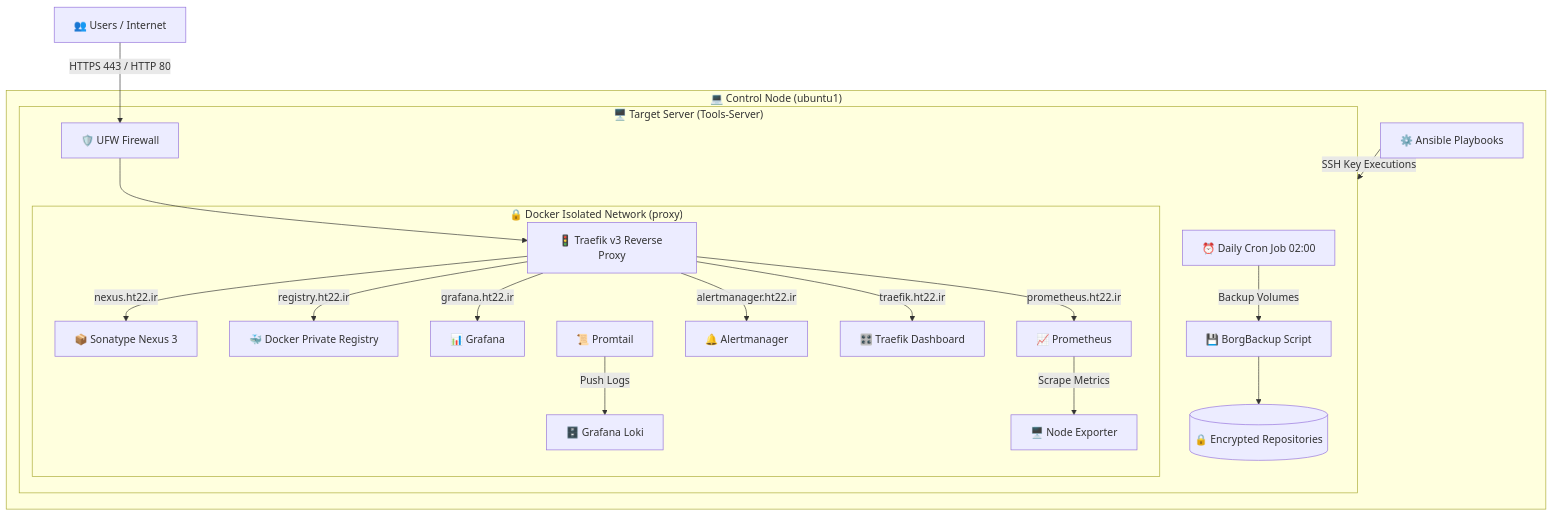
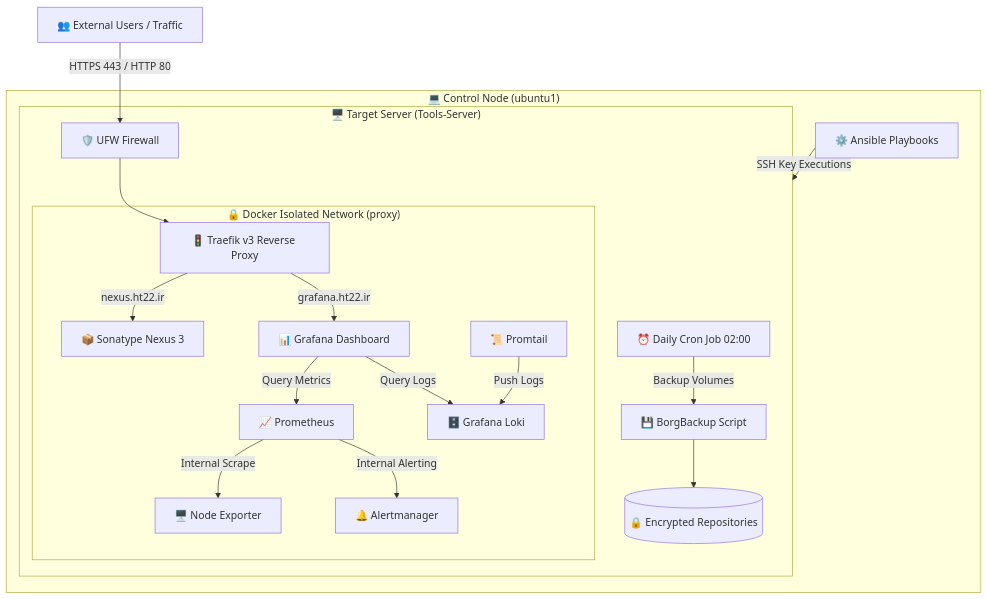
The diagram in docs/ARCHITECTURE.md (HoseinTarahomi/ansible-project), drawn with Mermaid before and after one commit. The commit also changed other lines of this file and 1 other file, not shown here.

Commit message:
ansible-project

````diff
--- a/docs/ARCHITECTURE.md
+++ b/docs/ARCHITECTURE.md
@@ -9,27 +9,26 @@
 ```mermaid
 graph TD
-    Users[👥 Users / Internet] -->|HTTPS 443 / HTTP 80| Firewall[🛡️ UFW Firewall]
+    Users[👥 External Users / Traffic] -->|HTTPS 443 / HTTP 80| Firewall[🛡️ UFW Firewall]
 
     subgraph ToolsServer["🖥️ Target Server (Tools-Server)"]
         Firewall --> Traefik[🚦 Traefik v3 Reverse Proxy]
 
         subgraph DockerNetwork["🔒 Docker Isolated Network (proxy)"]
             Traefik -->|nexus.ht22.ir| Nexus[📦 Sonatype Nexus 3]
-            Traefik -->|registry.ht22.ir| Registry[🐳 Docker Private Registry]
-            Traefik -->|grafana.ht22.ir| Grafana[📊 Grafana]
-            Traefik -->|prometheus.ht22.ir| Prometheus[📈 Prometheus]
-            Traefik -->|alertmanager.ht22.ir| Alertmanager[🔔 Alertmanager]
-            Traefik -->|traefik.ht22.ir| Dash[🎛️ Traefik Dashboard]
-
+            Traefik -->|grafana.ht22.ir| Grafana[📊 Grafana Dashboard]
+            
+            Prometheus[📈 Prometheus] -->|Internal Scrape| NodeExporter[🖥️ Node Exporter]
             Promtail[📜 Promtail] -->|Push Logs| Loki[🗄️ Grafana Loki]
-            Prometheus -->|Scrape Metrics| NodeExporter[🖥️ Node Exporter]
+            Prometheus -->|Internal Alerting| Alertmanager[🔔 Alertmanager]
+            Grafana -->|Query Metrics| Prometheus
+            Grafana -->|Query Logs| Loki
         end
 
         Cron[⏰ Daily Cron Job 02:00] -->|Backup Volumes| Borg[💾 BorgBackup Script]
         Borg --> Archive[(🔒 Encrypted Repositories)]
     end
 
     subgraph ControlNode["💻 Control Node (ubuntu1)"]
         Ansible[⚙️ Ansible Playbooks] -->|SSH Key Executions| ToolsServer
     end
 ```
````
